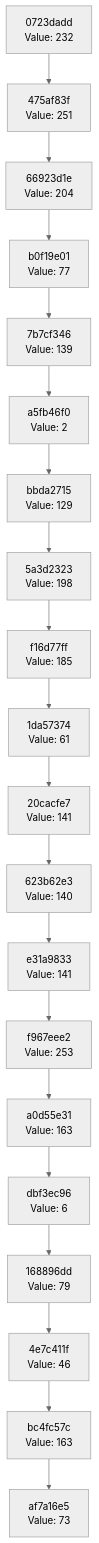
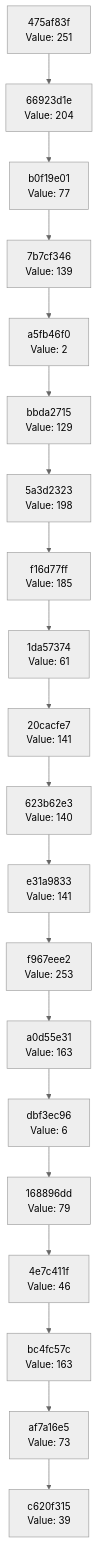
Before and after one commit to Abhisheksinha1506/hash-chain-evolver: the diagram in docs/CHAIN_VISUALIZATION.md, drawn with Mermaid (neutral theme). The commit also changed 2 other files, not shown here.

Commit message:
Evolution Step

````diff
--- a/docs/CHAIN_VISUALIZATION.md
+++ b/docs/CHAIN_VISUALIZATION.md
@@ -3,42 +3,42 @@
 ```mermaid
 graph TD
-    C0["af7a16e5<br/>Value: 73"]
-    C1["bc4fc57c<br/>Value: 163"]
+    C0["c620f315<br/>Value: 39"]
+    C1["af7a16e5<br/>Value: 73"]
     C1 --> C0
-    C2["4e7c411f<br/>Value: 46"]
+    C2["bc4fc57c<br/>Value: 163"]
     C2 --> C1
-    C3["168896dd<br/>Value: 79"]
+    C3["4e7c411f<br/>Value: 46"]
     C3 --> C2
-    C4["dbf3ec96<br/>Value: 6"]
+    C4["168896dd<br/>Value: 79"]
     C4 --> C3
-    C5["a0d55e31<br/>Value: 163"]
+    C5["dbf3ec96<br/>Value: 6"]
     C5 --> C4
-    C6["f967eee2<br/>Value: 253"]
+    C6["a0d55e31<br/>Value: 163"]
     C6 --> C5
-    C7["e31a9833<br/>Value: 141"]
+    C7["f967eee2<br/>Value: 253"]
     C7 --> C6
-    C8["623b62e3<br/>Value: 140"]
+    C8["e31a9833<br/>Value: 141"]
     C8 --> C7
-    C9["20cacfe7<br/>Value: 141"]
+    C9["623b62e3<br/>Value: 140"]
     C9 --> C8
-    C10["1da57374<br/>Value: 61"]
+    C10["20cacfe7<br/>Value: 141"]
     C10 --> C9
-    C11["f16d77ff<br/>Value: 185"]
+    C11["1da57374<br/>Value: 61"]
     C11 --> C10
-    C12["5a3d2323<br/>Value: 198"]
+    C12["f16d77ff<br/>Value: 185"]
     C12 --> C11
-    C13["bbda2715<br/>Value: 129"]
+    C13["5a3d2323<br/>Value: 198"]
     C13 --> C12
-    C14["a5fb46f0<br/>Value: 2"]
+    C14["bbda2715<br/>Value: 129"]
     C14 --> C13
-    C15["7b7cf346<br/>Value: 139"]
+    C15["a5fb46f0<br/>Value: 2"]
     C15 --> C14
-    C16["b0f19e01<br/>Value: 77"]
+    C16["7b7cf346<br/>Value: 139"]
     C16 --> C15
-    C17["66923d1e<br/>Value: 204"]
+    C17["b0f19e01<br/>Value: 77"]
     C17 --> C16
-    C18["475af83f<br/>Value: 251"]
+    C18["66923d1e<br/>Value: 204"]
     C18 --> C17
-    C19["0723dadd<br/>Value: 232"]
+    C19["475af83f<br/>Value: 251"]
     C19 --> C18
 ```
````
